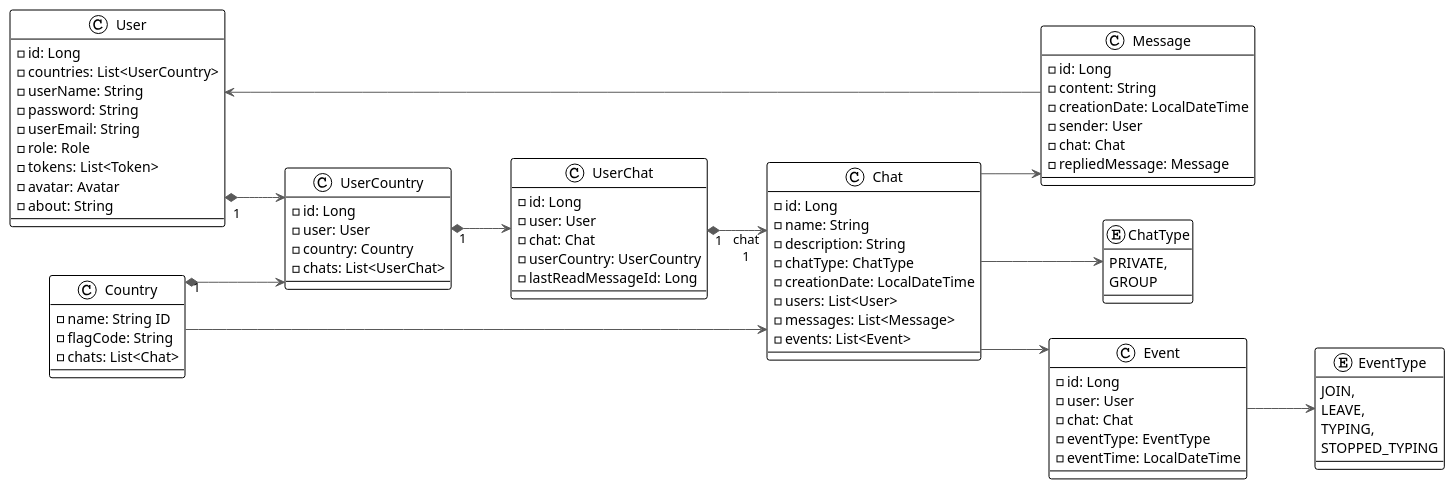
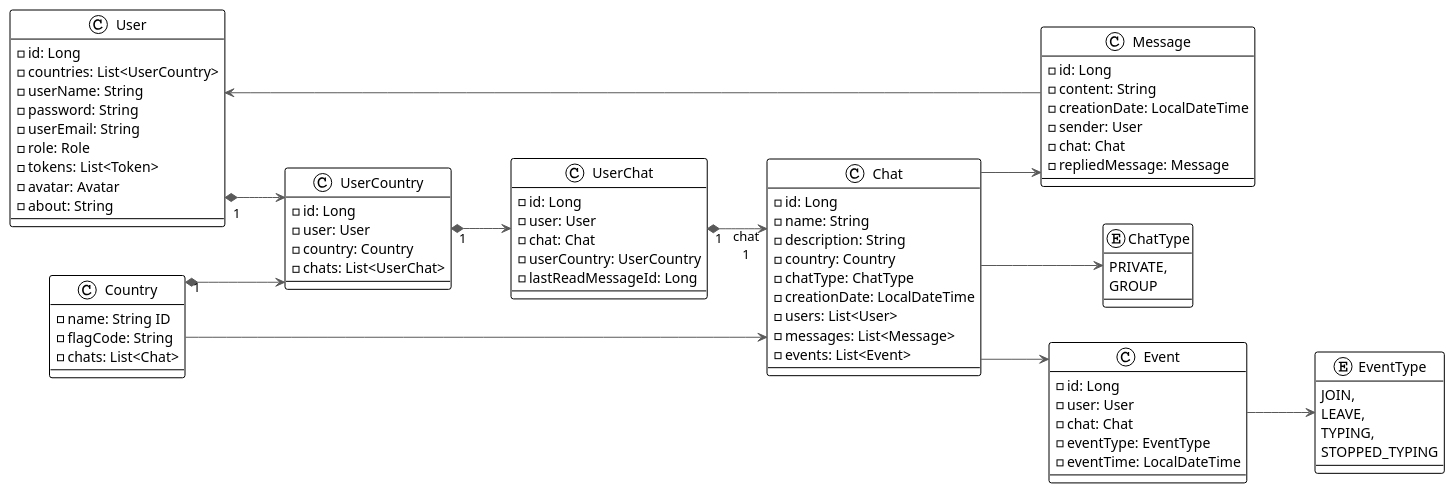
Before and after one commit to LiashenkoAndrey/talk-and-travel: the diagram in docs/architecture/class-diagram/core-class-diagram_v2.plantuml, drawn with PlantUML. The commit also changed 4 other files, not shown here.

```diff
--- a/docs/architecture/class-diagram/core-class-diagram_v2.plantuml
+++ b/docs/architecture/class-diagram/core-class-diagram_v2.plantuml
@@ -1,96 +1,97 @@
 @startuml
 
 !theme plain
 left to right direction
 skinparam linetype ortho
 
 class User {
   - id: Long
   - countries: List<UserCountry>
   - userName: String
   - password: String
   - userEmail: String
   - role: Role
   - tokens: List<Token>
   - avatar: Avatar
   - about: String
 }
 
 class UserCountry {
   - id: Long
   - user: User
   - country: Country
   - chats: List<UserChat>
 }
 
 class UserChat {
   - id: Long
   - user: User
   - chat: Chat
   - userCountry: UserCountry
   - lastReadMessageId: Long
 }
 
 class Country {
   - name: String ID
   - flagCode: String
   - chats: List<Chat>
 }
 
 class Chat {
   - id: Long
   - name: String
   - description: String
+  - country: Country
   - chatType: ChatType
   - creationDate: LocalDateTime
   - users: List<User>
   - messages: List<Message>
   - events: List<Event>
 }
 
 enum ChatType {
   PRIVATE,
   GROUP
 }
 
 class Message {
   - id: Long
   - content: String
   - creationDate: LocalDateTime
   - sender: User
   - chat: Chat
   - repliedMessage: Message
 }
 
 class Event {
   - id: Long
   - user: User
   - chat: Chat
   - eventType: EventType
   - eventTime: LocalDateTime
 }
 
 enum EventType {
   JOIN,
   LEAVE,
   TYPING,
   STOPPED_TYPING
 }
 
 
 Message -[#595959,plain]-> User
 
 Chat -[#595959,plain]-> Message
 Chat -[#595959,plain]-> Event
 Country -[#595959,plain]-> Chat
 
 User  "1" *-[#595959,plain]->  UserCountry
 UserCountry  "1" *-[#595959,plain]-> UserChat
 
 Country  "1" *-[#595959,plain]-> UserCountry
 UserChat     "1" *-[#595959,plain]-> "chat\n1" Chat
 
 Event -[#595959,plain]-> EventType
 Chat -[#595959,plain]-> ChatType
 
 @enduml
```
